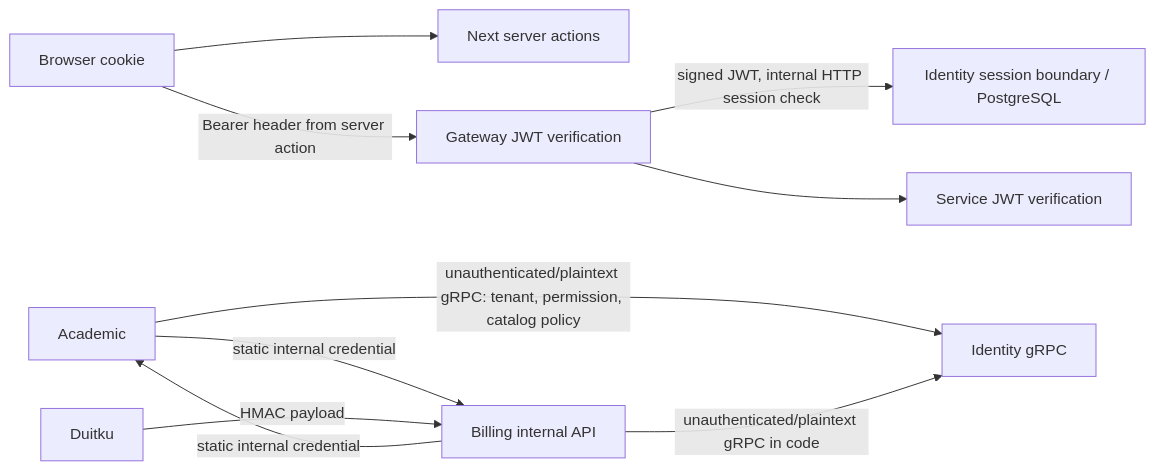
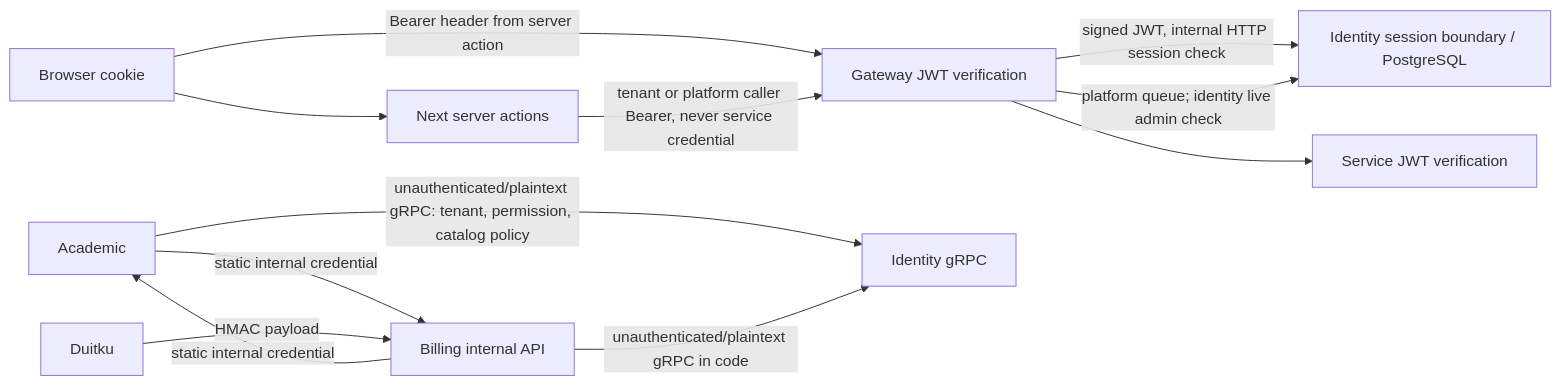
One commit to kelolakelas/kelolakelas-docs changed the diagram in docs/05-security.md. Above: the diagram before and after it, drawn with Mermaid. The commit also changed other lines of this file and 9 other files, not shown here.

````diff
--- a/docs/05-security.md
+++ b/docs/05-security.md
@@ -24,12 +25,14 @@
 ```mermaid
 flowchart LR
   B[Browser cookie] --> W[Next server actions]
   B -->|Bearer header from server action| G[Gateway JWT verification]
   G -->|signed JWT, internal HTTP session check| IHTTP[Identity session boundary / PostgreSQL]
   G --> S[Service JWT verification]
+  W -->|tenant or platform caller Bearer, never service credential| G
+  G -->|platform queue; identity live admin check| IHTTP
   A[Academic] -->|static internal credential| BL[Billing internal API]
   BL -->|static internal credential| A
   P[Duitku] -->|HMAC payload| BL
   A -->|unauthenticated/plaintext gRPC: tenant, permission, catalog policy| I[Identity gRPC]
   BL -->|unauthenticated/plaintext gRPC in code| I
 ```
````
